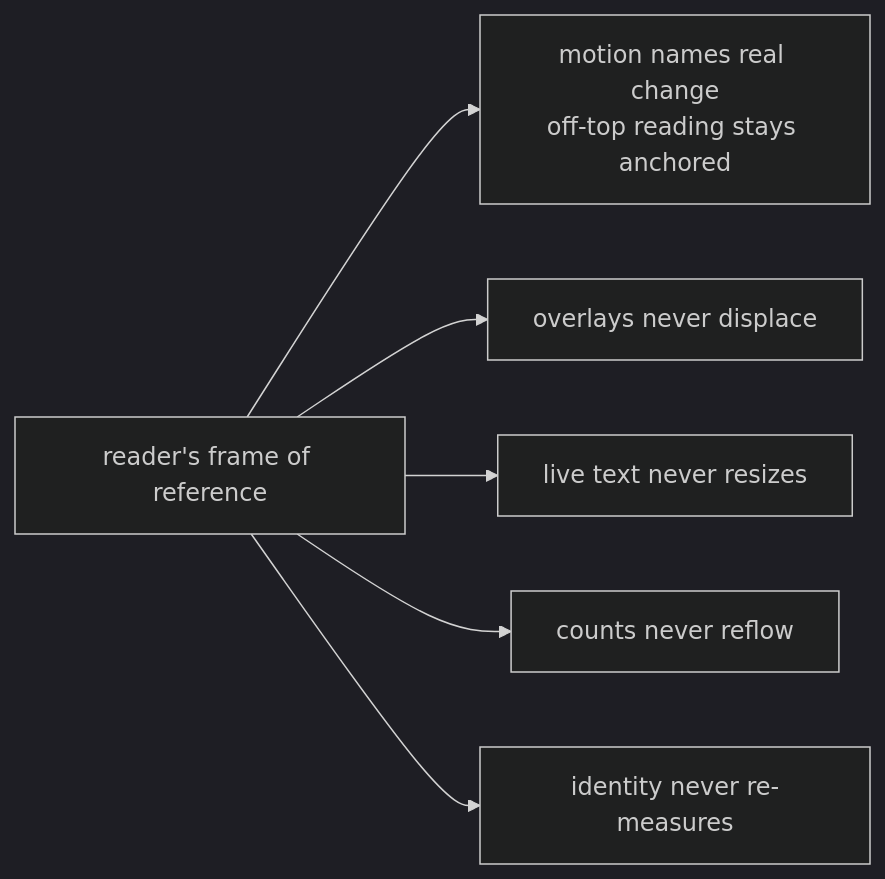
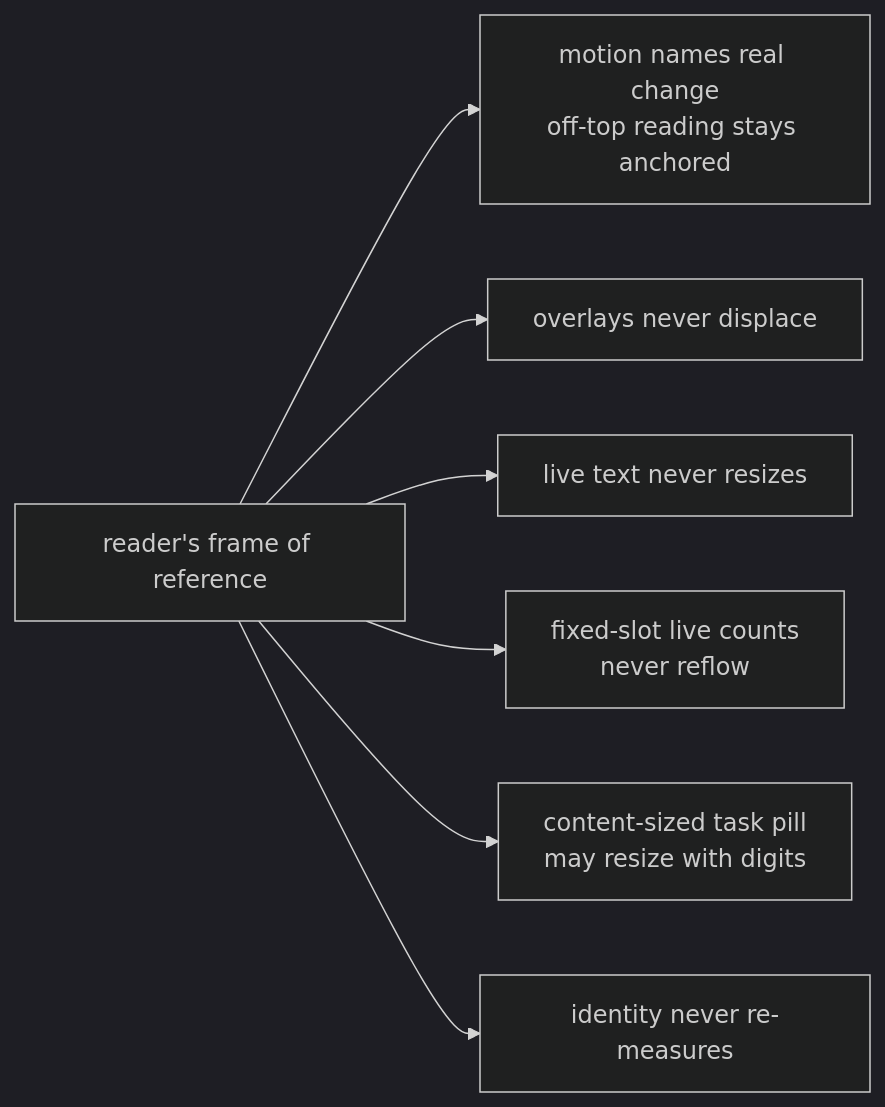
Diagram 16 of 17 in docs/product/loops.md (infimalabs/spice-rust), drawn with Mermaid (dark theme) before and after one commit. The commit also changed other lines of this file and 120 other files, not shown here.

````diff
--- a/docs/product/loops.md
+++ b/docs/product/loops.md
@@ -511,8 +537,9 @@
 ```mermaid
 flowchart LR
   J["reader's frame of reference"] --> Movement["motion names real change<br/>off-top reading stays anchored"]
   J --> Overlays["overlays never displace"]
   J --> LiveText["live text never resizes"]
-  J --> Counts["counts never reflow"]
+  J --> FixedCounts["fixed-slot live counts<br/>never reflow"]
+  J --> TaskPill["content-sized task pill<br/>may resize with digits"]
   J --> Identity["identity never re-measures"]
 ```
````
